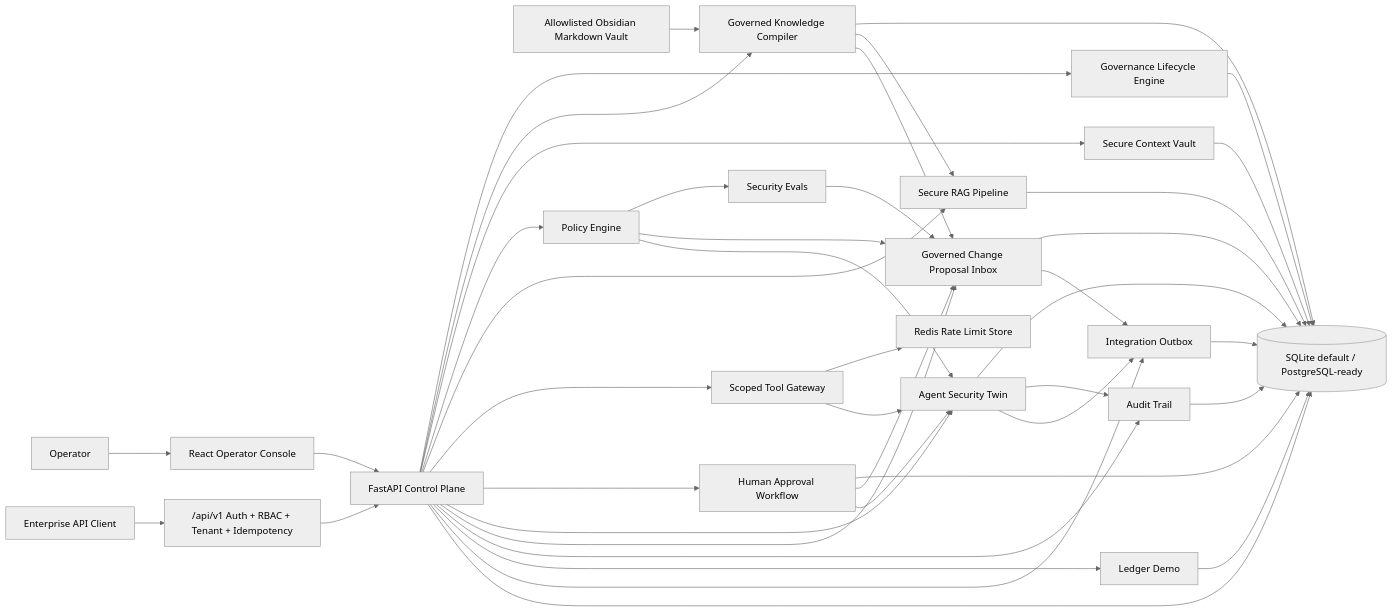
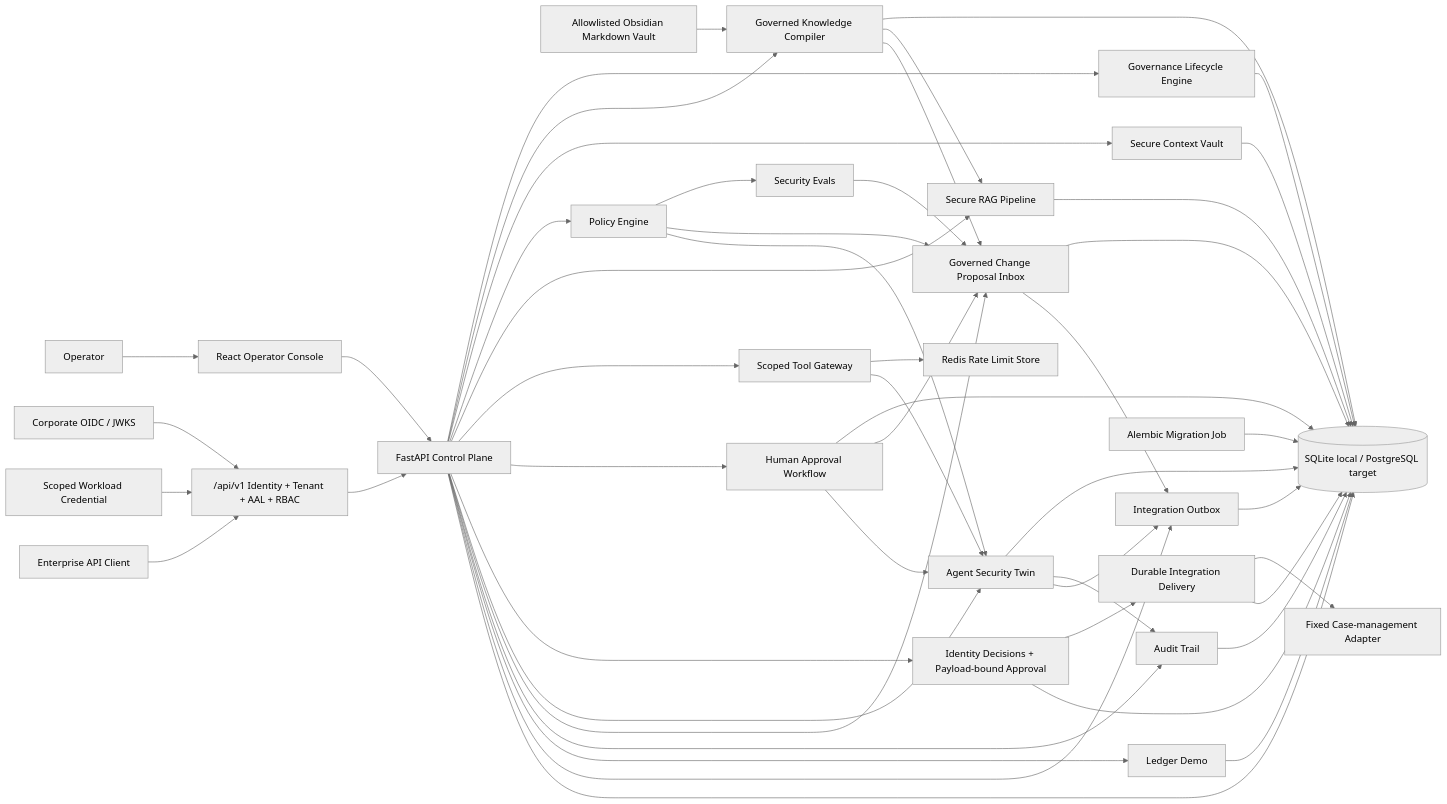
The diagram in README.md (danieloza/regulated-ai-agent-platform), drawn with Mermaid (neutral theme) before and after one commit. The commit also changed other lines of this file and 36 other files, not shown here.

Commit message:
Add enterprise identity and trust plane

````diff
--- a/README.md
+++ b/README.md
@@ -245,44 +261,52 @@
 ```mermaid
 flowchart LR
   Operator["Operator"] --> UI["React Operator Console"]
-  Client["Enterprise API Client"] --> Gateway["/api/v1 Auth + RBAC + Tenant + Idempotency"]
+  IdP["Corporate OIDC / JWKS"] --> Gateway["/api/v1 Identity + Tenant + AAL + RBAC"]
+  Workload["Scoped Workload Credential"] --> Gateway
+  Client["Enterprise API Client"] --> Gateway
   UI --> API["FastAPI Control Plane"]
   Gateway --> API
   API --> Lifecycles["Governance Lifecycle Engine"]
   API --> Knowledge["Governed Knowledge Compiler"]
   Obsidian["Allowlisted Obsidian Markdown Vault"] --> Knowledge
   API --> Context["Secure Context Vault"]
   API --> Policy["Policy Engine"]
   API --> RAG["Secure RAG Pipeline"]
   API --> Tools["Scoped Tool Gateway"]
   API --> Approvals["Human Approval Workflow"]
+  API --> Trust["Identity Decisions + Payload-bound Approval"]
+  Trust --> Delivery["Durable Integration Delivery"]
+  Delivery --> CaseSystem["Fixed Case-management Adapter"]
   API --> Twin["Agent Security Twin"]
   API --> Proposals["Governed Change Proposal Inbox"]
   API --> Audit["Audit Trail"]
   API --> Ledger["Ledger Demo"]
   API --> Outbox["Integration Outbox"]
   Tools --> Redis["Redis Rate Limit Store"]
-  API --> DB[("SQLite default / PostgreSQL-ready")]
+  API --> DB[("SQLite local / PostgreSQL target")]
+  Migrations["Alembic Migration Job"] --> DB
   RAG --> DB
   Audit --> DB
   Approvals --> DB
+  Trust --> DB
+  Delivery --> DB
   Ledger --> DB
   Lifecycles --> DB
   Knowledge --> DB
   Context --> DB
   Proposals --> DB
   Twin --> DB
   Knowledge --> RAG
   Outbox --> DB
   Policy --> Evals["Security Evals"]
   Policy --> Proposals
   Knowledge --> Proposals
   Approvals --> Proposals
   Evals --> Proposals
   Proposals --> Outbox
   Policy --> Twin
   Tools --> Twin
   Approvals --> Twin
   Twin --> Audit
   Twin --> Outbox
 ```
````
